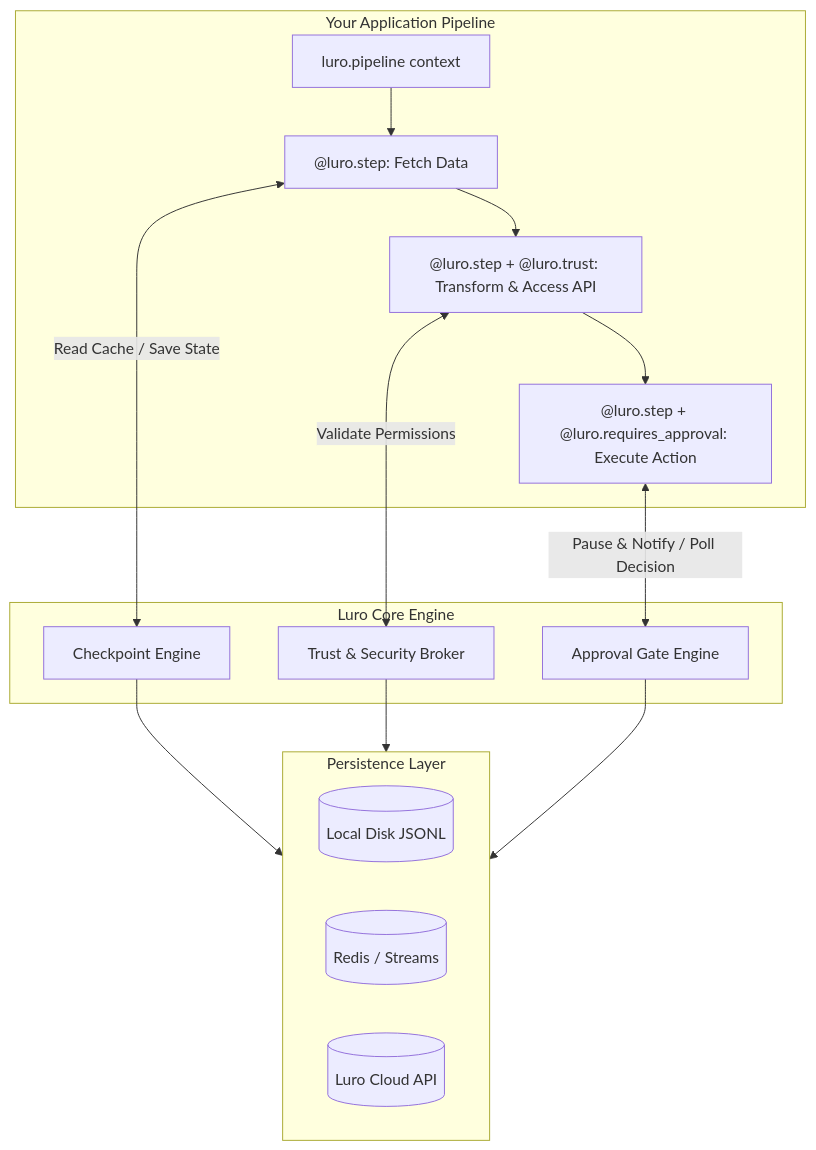
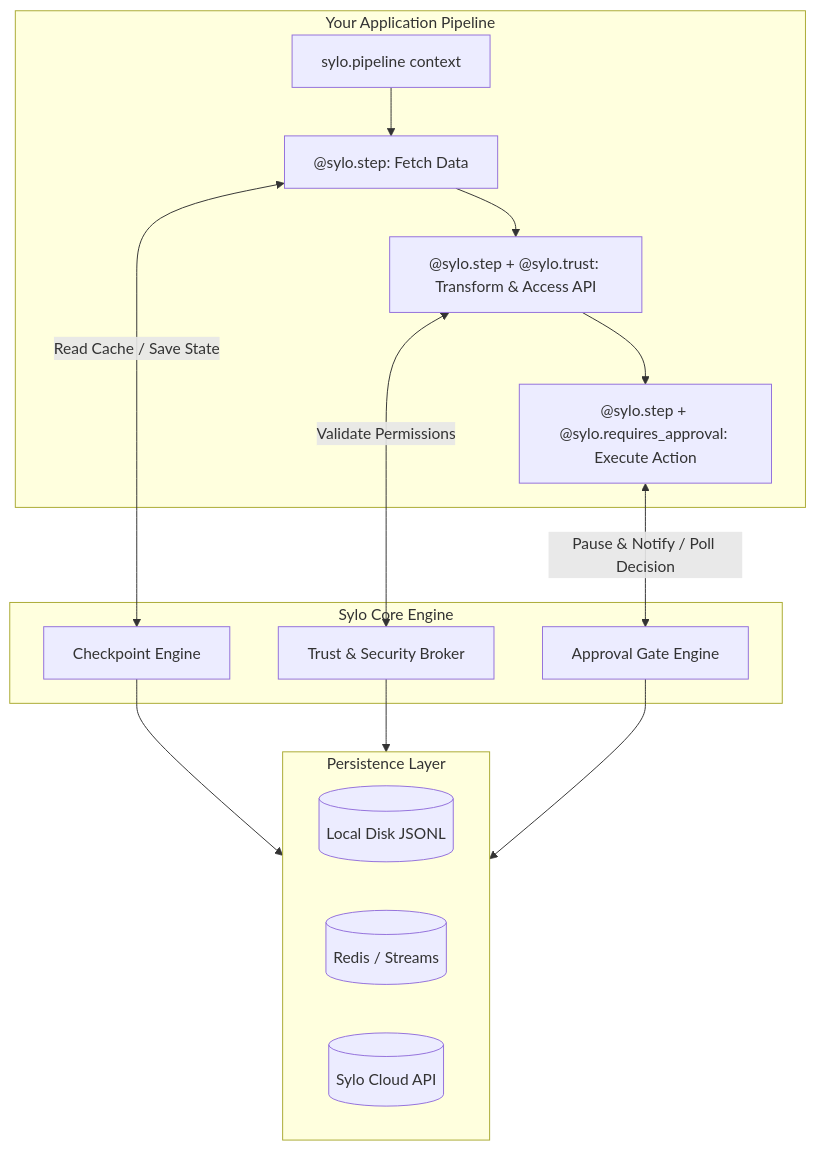
One commit to saketjndl/Sylo changed the diagram in README.md. Above: the diagram before and after it, drawn with Mermaid. The commit also changed other lines of this file and 29 other files, not shown here.

Commit message:
Rebrand project from Luro to Sylo

````diff
--- a/README.md
+++ b/README.md
@@ -41,28 +43,28 @@
 ```mermaid
 graph TD
     subgraph App [Your Application Pipeline]
-        P[luro.pipeline context] --> S1["@luro.step: Fetch Data"]
-        S1 --> S2["@luro.step + @luro.trust: Transform & Access API"]
-        S2 --> S3["@luro.step + @luro.requires_approval: Execute Action"]
+        P[sylo.pipeline context] --> S1["@sylo.step: Fetch Data"]
+        S1 --> S2["@sylo.step + @sylo.trust: Transform & Access API"]
+        S2 --> S3["@sylo.step + @sylo.requires_approval: Execute Action"]
     end
 
-    subgraph Core [Luro Core Engine]
+    subgraph Core [Sylo Core Engine]
         C[Checkpoint Engine]
         T[Trust & Security Broker]
         A[Approval Gate Engine]
     end
 
     subgraph Store [Persistence Layer]
         LStore[(Local Disk JSONL)]
         RStore[(Redis / Streams)]
-        CStore[(Luro Cloud API)]
+        CStore[(Sylo Cloud API)]
     end
 
     S1 <-->|Read Cache / Save State| C
     S2 <-->|Validate Permissions| T
     S3 <-->|Pause & Notify / Poll Decision| A
 
     C --> Store
     T --> Store
     A --> Store
 ```
````
